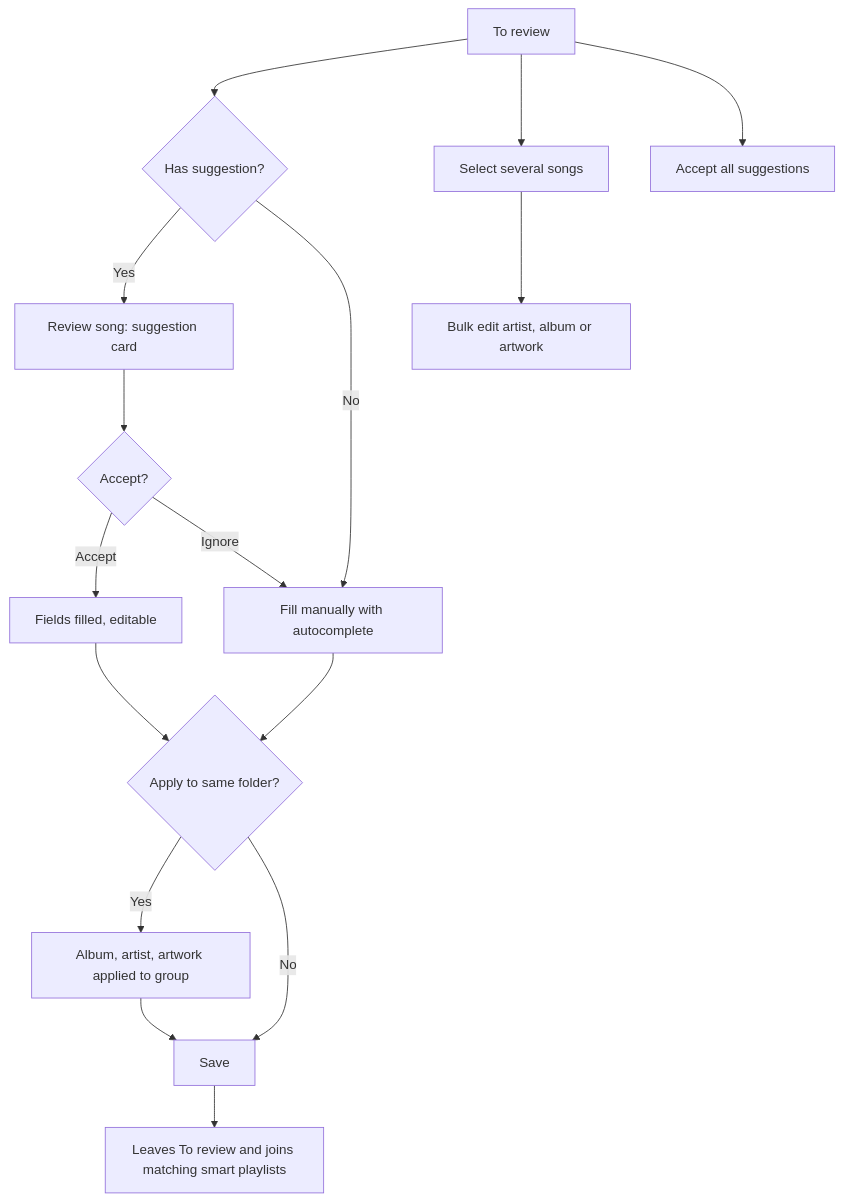
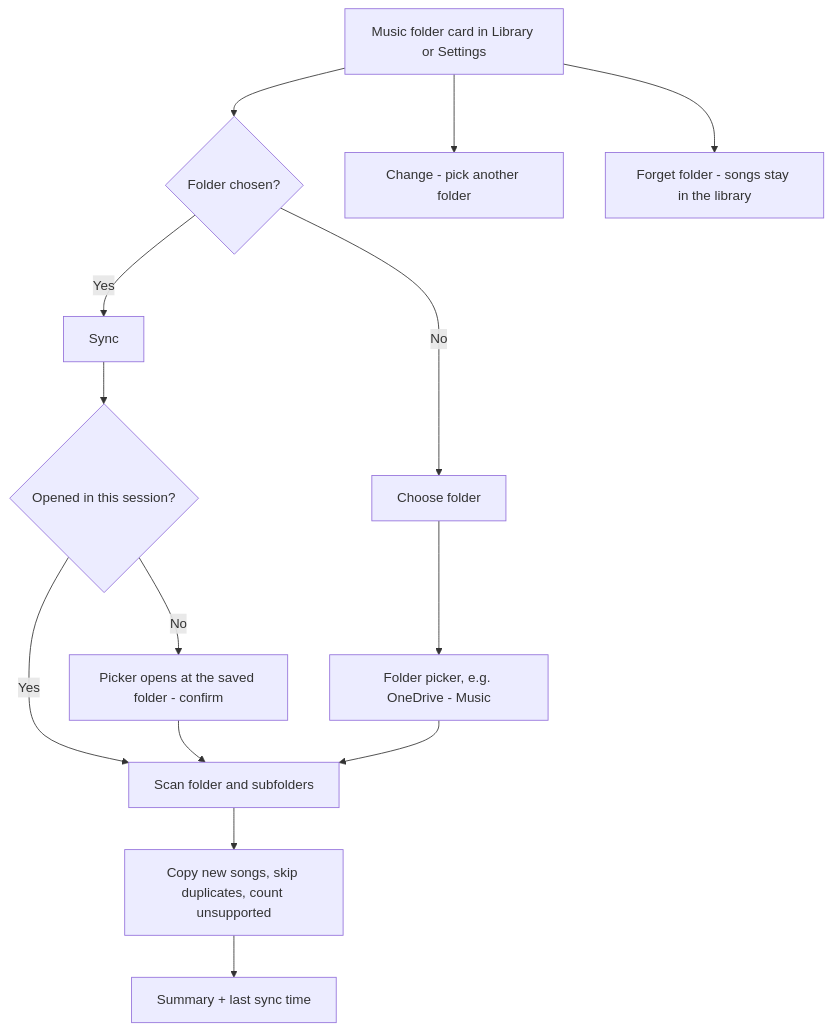
Before and after one commit to sabrinasalomon/CoryMusic: the fourth of 6 diagrams in docs/USER_FLOWS.md, drawn with Mermaid. The commit also changed other lines of this file and 68 other files, not shown here.

````diff
--- a/docs/USER_FLOWS.md
+++ b/docs/USER_FLOWS.md
@@ -94,16 +69,16 @@
 ```mermaid
 flowchart TD
-    A[To review] --> B{Has suggestion?}
-    B -- Yes --> C[Review song: suggestion card]
-    C --> D{Accept?}
-    D -- Accept --> E[Fields filled, editable]
-    D -- Ignore --> F[Fill manually with autocomplete]
-    B -- No --> F
-    E & F --> G{Apply to same folder?}
-    G -- Yes --> H[Album, artist, artwork applied to group]
-    G -- No --> I[Save]
-    H --> I
-    I --> J[Leaves To review and joins matching smart playlists]
-    A --> K[Select several songs] --> L[Bulk edit artist, album or artwork]
-    A --> M[Accept all suggestions]
+    A[Music folder card in Library or Settings] --> B{Folder chosen?}
+    B -- No --> C[Choose folder]
+    C --> D[Folder picker, e.g. OneDrive - Music]
+    B -- Yes --> E[Sync]
+    E --> F{Opened in this session?}
+    F -- Yes --> G[Scan folder and subfolders]
+    F -- No --> H[Picker opens at the saved folder - confirm]
+    H --> G
+    D --> G
+    G --> I[Copy new songs, skip duplicates, count unsupported]
+    I --> J[Summary + last sync time]
+    A --> K[Change - pick another folder]
+    A --> L[Forget folder - songs stay in the library]
 ```
````
